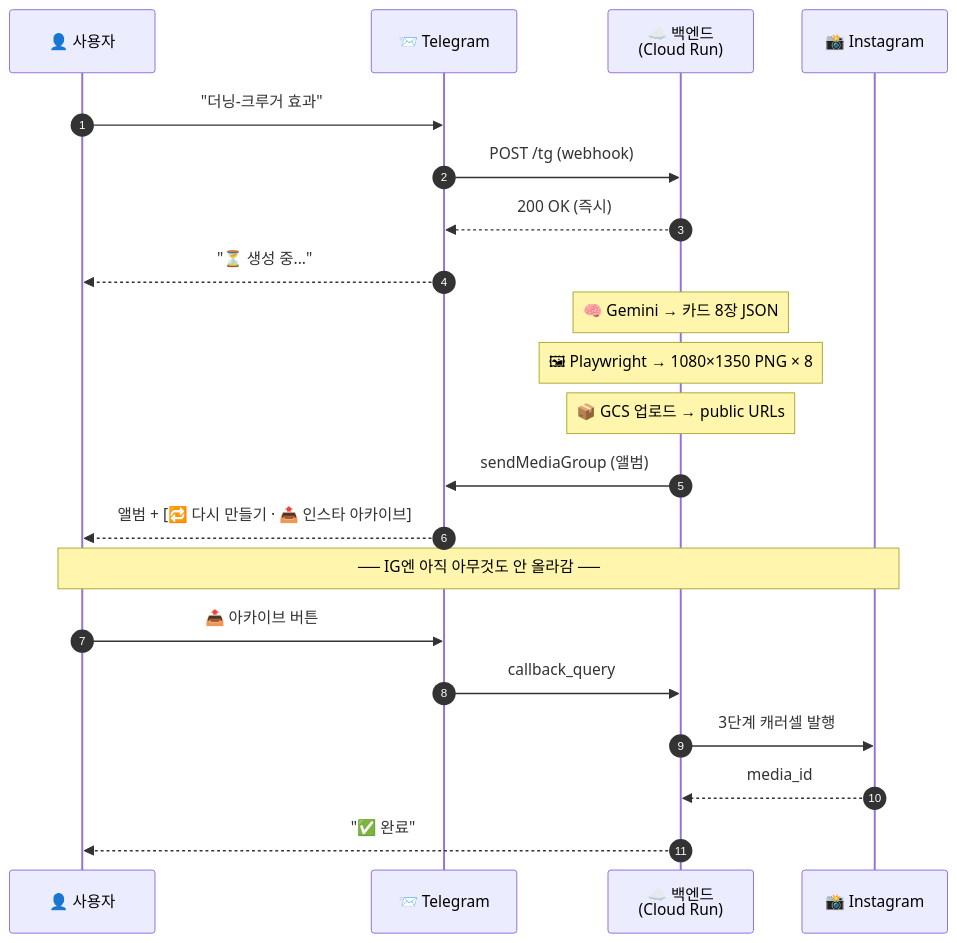
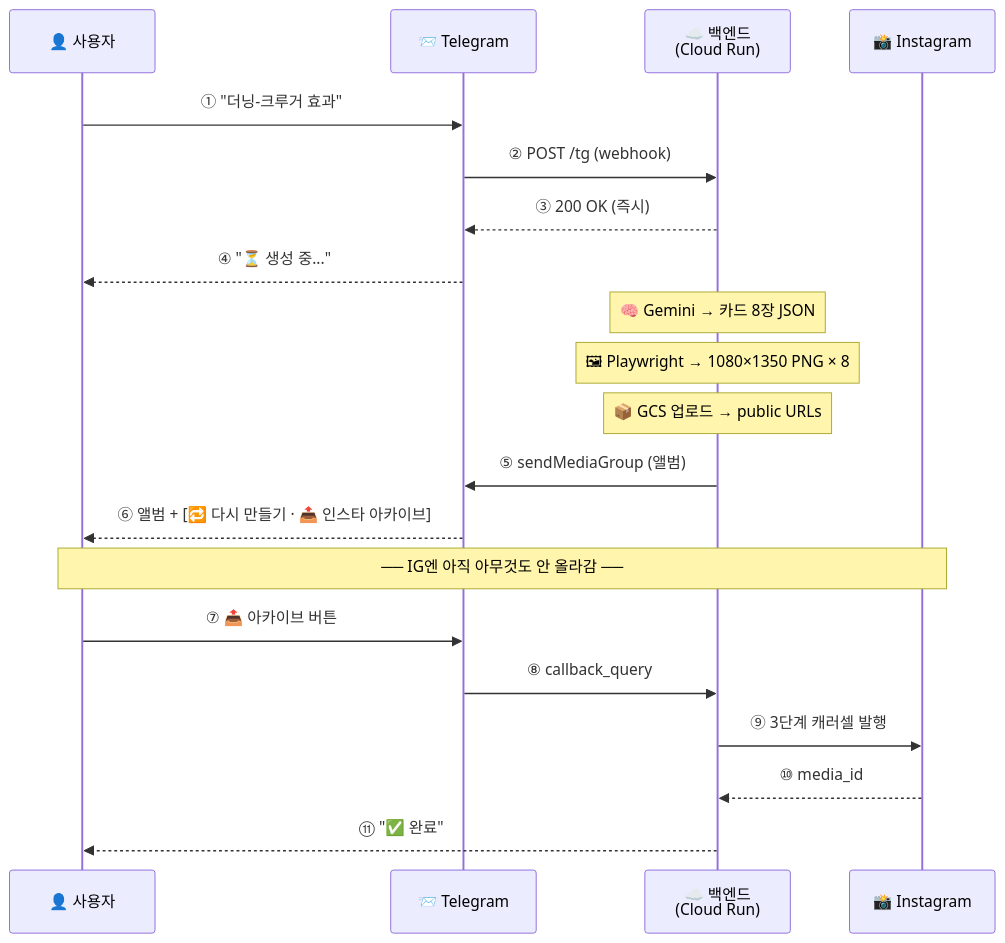
Before and after one commit to SheepJH/concept_archive: the second of 2 diagrams in README.md, drawn with Mermaid.

Commit message:
README 시간 순서 다이어그램: autonumber → 수동 번호로 교체
Mermaid autonumber 동그라미가 테마에 따라 대비가 낮아 안 보이는 문제.
autonumber 지시자 빼고 각 메시지 앞에 ①~⑪ 유니코드 원문자로 직접 번호 붙임.
그냥 텍스트라 어떤 테마에서도 확실히 읽힘.

````diff
--- a/README.md
+++ b/README.md
@@ -93,28 +93,27 @@
 ```mermaid
 sequenceDiagram
-    autonumber
     participant U as 👤 사용자
     participant T as 📨 Telegram
     participant B as ☁️ 백엔드<br/>(Cloud Run)
     participant I as 📸 Instagram
 
-    U->>T: "더닝-크루거 효과"
-    T->>B: POST /tg (webhook)
-    B-->>T: 200 OK (즉시)
-    T-->>U: "⏳ 생성 중..."
+    U->>T: ① "더닝-크루거 효과"
+    T->>B: ② POST /tg (webhook)
+    B-->>T: ③ 200 OK (즉시)
+    T-->>U: ④ "⏳ 생성 중..."
 
     Note over B: 🧠 Gemini → 카드 8장 JSON
     Note over B: 🖼 Playwright → 1080×1350 PNG × 8
     Note over B: 📦 GCS 업로드 → public URLs
 
-    B->>T: sendMediaGroup (앨범)
-    T-->>U: 앨범 + [🔁 다시 만들기 · 📤 인스타 아카이브]
+    B->>T: ⑤ sendMediaGroup (앨범)
+    T-->>U: ⑥ 앨범 + [🔁 다시 만들기 · 📤 인스타 아카이브]
 
     Note over U,I: ── IG엔 아직 아무것도 안 올라감 ──
 
-    U->>T: 📤 아카이브 버튼
-    T->>B: callback_query
-    B->>I: 3단계 캐러셀 발행
-    I-->>B: media_id
-    B-->>U: "✅ 완료"
+    U->>T: ⑦ 📤 아카이브 버튼
+    T->>B: ⑧ callback_query
+    B->>I: ⑨ 3단계 캐러셀 발행
+    I-->>B: ⑩ media_id
+    B-->>U: ⑪ "✅ 완료"
 ```
````
